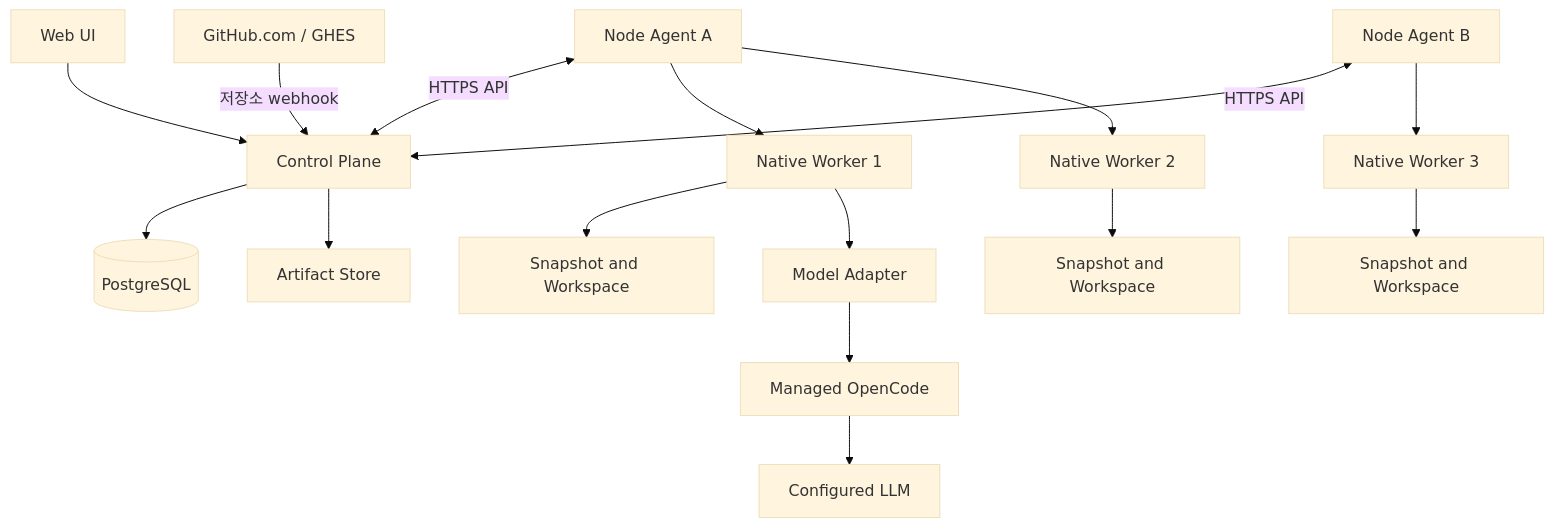
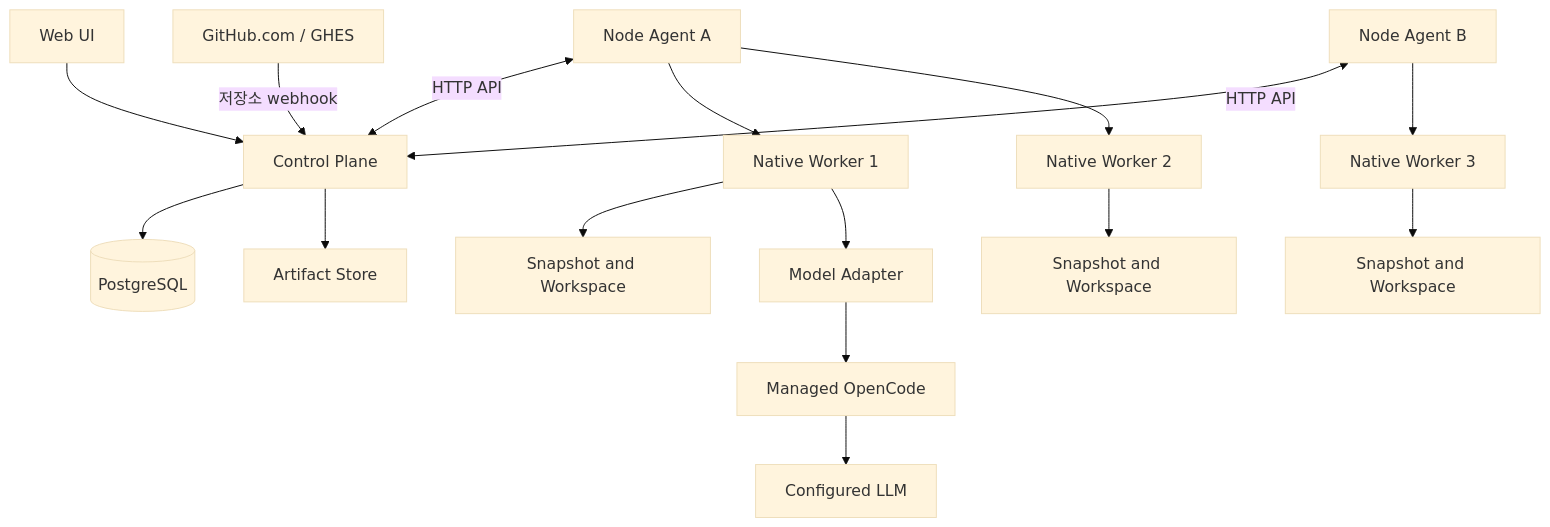
The diagram in docs/ARCHITECTURE.md (jihoon22-lee/CODEYE), drawn with Mermaid (base theme) before and after one commit. The commit also changed other lines of this file and 21 other files, not shown here.

````diff
--- a/docs/ARCHITECTURE.md
+++ b/docs/ARCHITECTURE.md
@@ -7,18 +7,18 @@
 ```mermaid
 flowchart TD
   UI[Web UI] --> CP[Control Plane]
   GH[GitHub.com / GHES] -->|저장소 webhook| CP
   CP --> DB[(PostgreSQL)]
   CP --> AS[Artifact Store]
-  N1[Node Agent A] <-->|HTTPS API| CP
-  N2[Node Agent B] <-->|HTTPS API| CP
+  N1[Node Agent A] <-->|HTTP API| CP
+  N2[Node Agent B] <-->|HTTP API| CP
   N1 --> W1[Native Worker 1]
   N1 --> W2[Native Worker 2]
   N2 --> W3[Native Worker 3]
   W1 --> X1[Snapshot and Workspace]
   W2 --> X2[Snapshot and Workspace]
   W3 --> X3[Snapshot and Workspace]
   W1 --> MA[Model Adapter]
   MA --> OC[Managed OpenCode]
   OC --> LM[Configured LLM]
 ```
````
